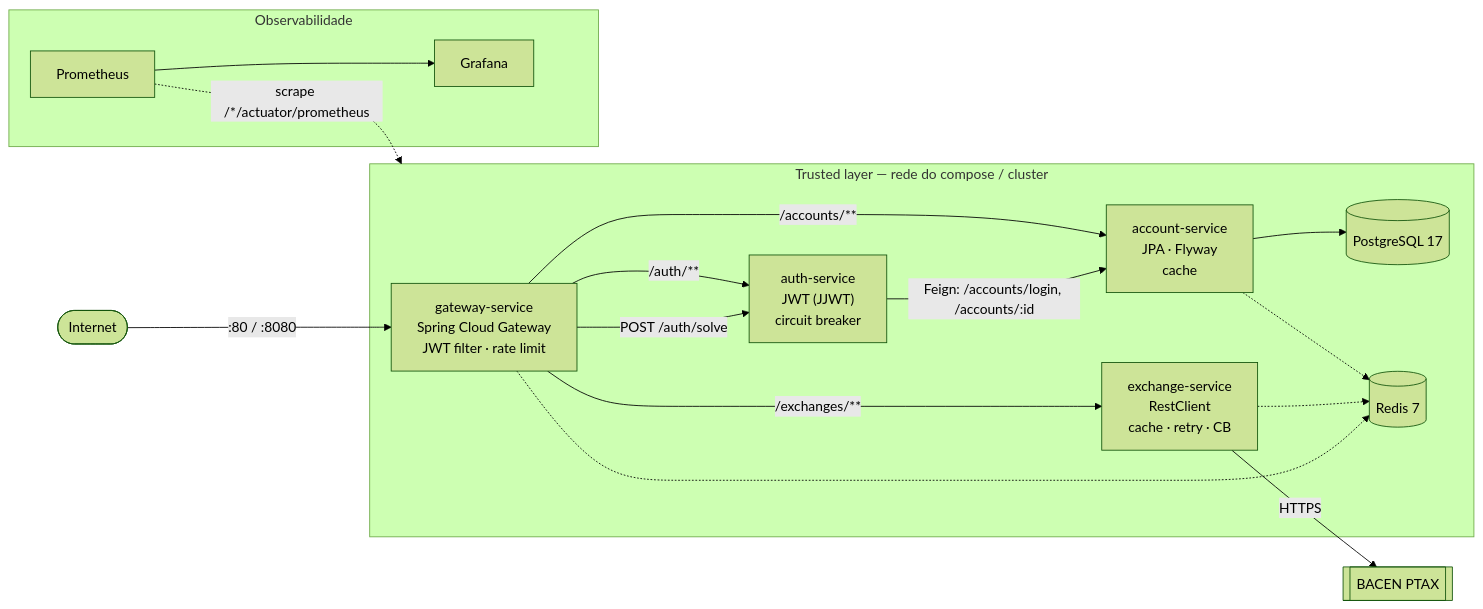
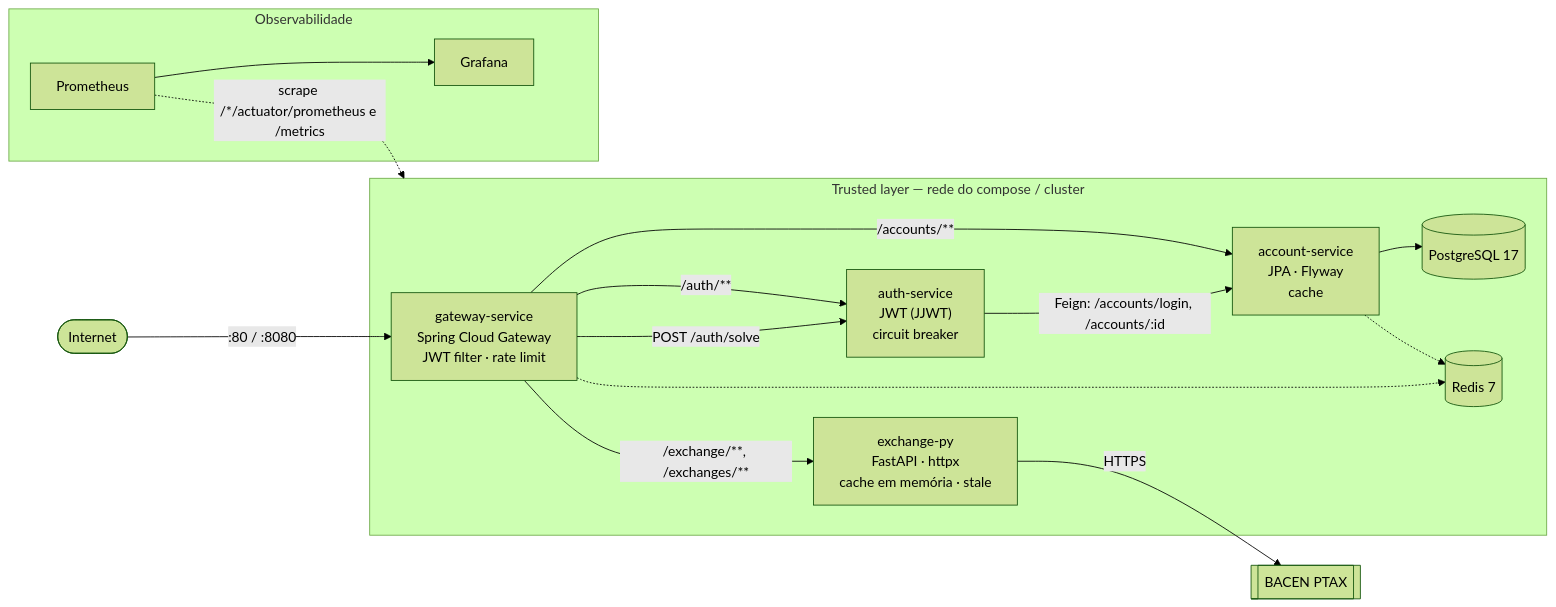
One commit to EuMiguelll/Projeto-PMA changed the first of 2 diagrams in docs/projeto/index.md. Above: the diagram before and after it, drawn with Mermaid (forest theme). The commit also changed other lines of this file and 6 other files, not shown here.

````diff
--- a/docs/projeto/index.md
+++ b/docs/projeto/index.md
@@ -11,26 +16,25 @@
 ```mermaid
 flowchart LR
     internet([Internet]) -->|":80 / :8080"| gw
     subgraph trusted [Trusted layer — rede do compose / cluster]
         gw["gateway-service<br/>Spring Cloud Gateway<br/>JWT filter · rate limit"]
         auth["auth-service<br/>JWT (JJWT)<br/>circuit breaker"]
         account["account-service<br/>JPA · Flyway<br/>cache"]
-        exchange["exchange-service<br/>RestClient<br/>cache · retry · CB"]
+        exchange["exchange-py<br/>FastAPI · httpx<br/>cache em memória · stale"]
         db[(PostgreSQL 17)]
         redis[(Redis 7)]
         gw -->|/auth/**| auth
         gw -->|/accounts/**| account
-        gw -->|/exchanges/**| exchange
+        gw -->|"/exchange/**, /exchanges/**"| exchange
         gw -->|POST /auth/solve| auth
         auth -->|Feign: /accounts/login, /accounts/:id| account
         account --> db
         account -.-> redis
-        exchange -.-> redis
         gw -.-> redis
     end
     exchange -->|HTTPS| awesome[[BACEN PTAX]]
     subgraph obs [Observabilidade]
         prom[Prometheus] --> graf[Grafana]
     end
-    prom -.scrape /*/actuator/prometheus.-> trusted
+    prom -.scrape /*/actuator/prometheus e /metrics.-> trusted
 ```
````
